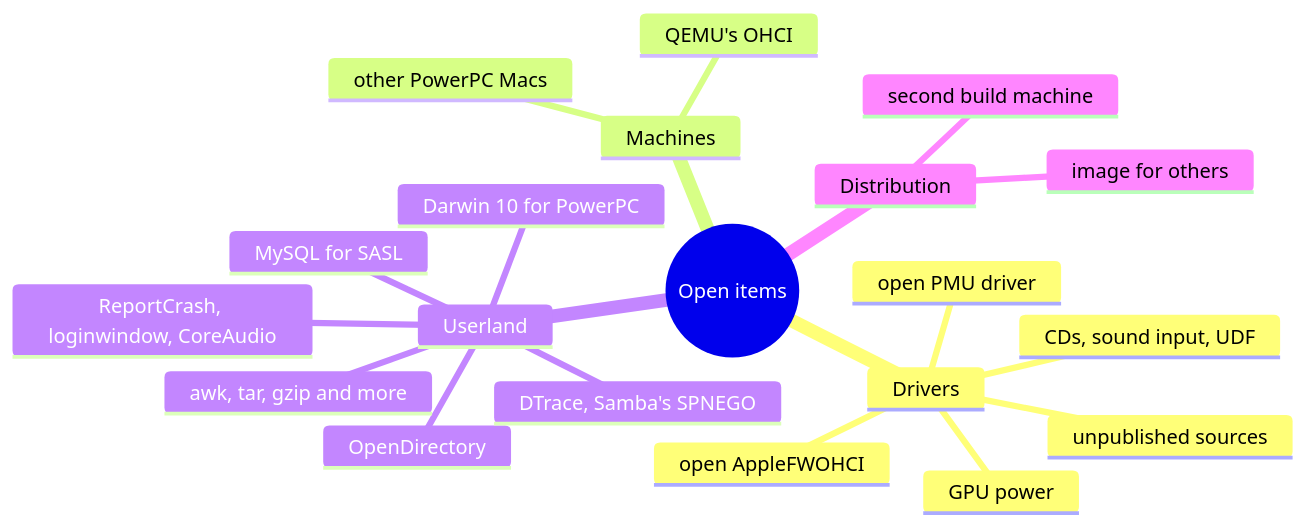
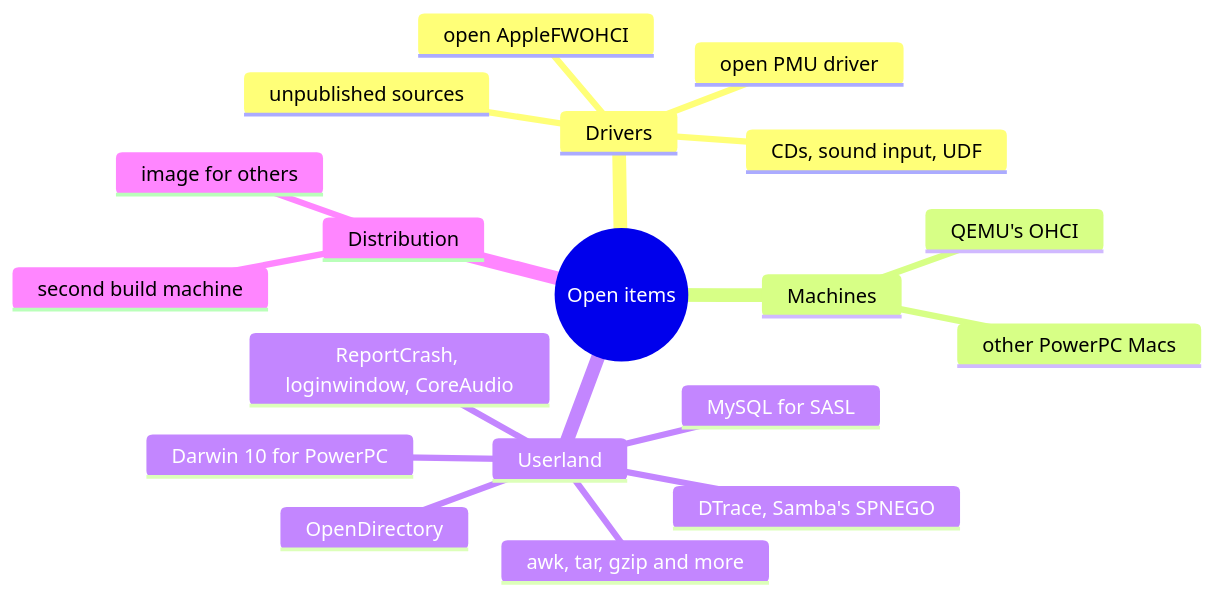
The diagram in docs/src/steps/whats-next.md (nyg/PowerDarwin), drawn with Mermaid before and after one commit. The commit also changed other lines of this file and 20 other files, not shown here.

````diff
--- a/docs/src/steps/whats-next.md
+++ b/docs/src/steps/whats-next.md
@@ -102,23 +98,22 @@
 ```mermaid
 mindmap
   root((Open items))
     Drivers
       open PMU driver
       open AppleFWOHCI
-      GPU power
       CDs, sound input, UDF
       unpublished sources
     Machines
       other PowerPC Macs
       QEMU's OHCI
     Userland
       OpenDirectory
       ReportCrash, loginwindow, CoreAudio
       MySQL for SASL
       awk, tar, gzip and more
       DTrace, Samba's SPNEGO
       Darwin 10 for PowerPC
     Distribution
       image for others
       second build machine
 ```
````
